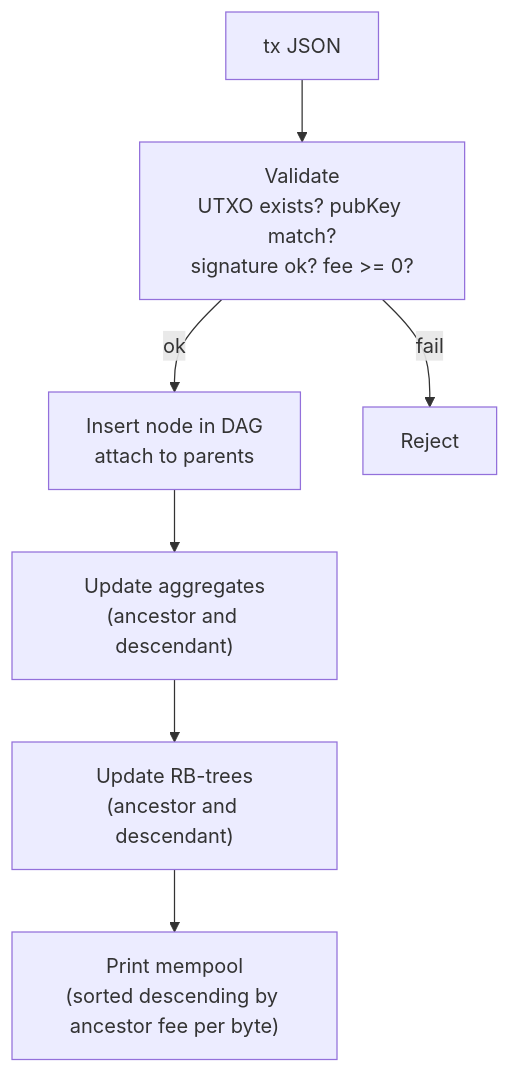
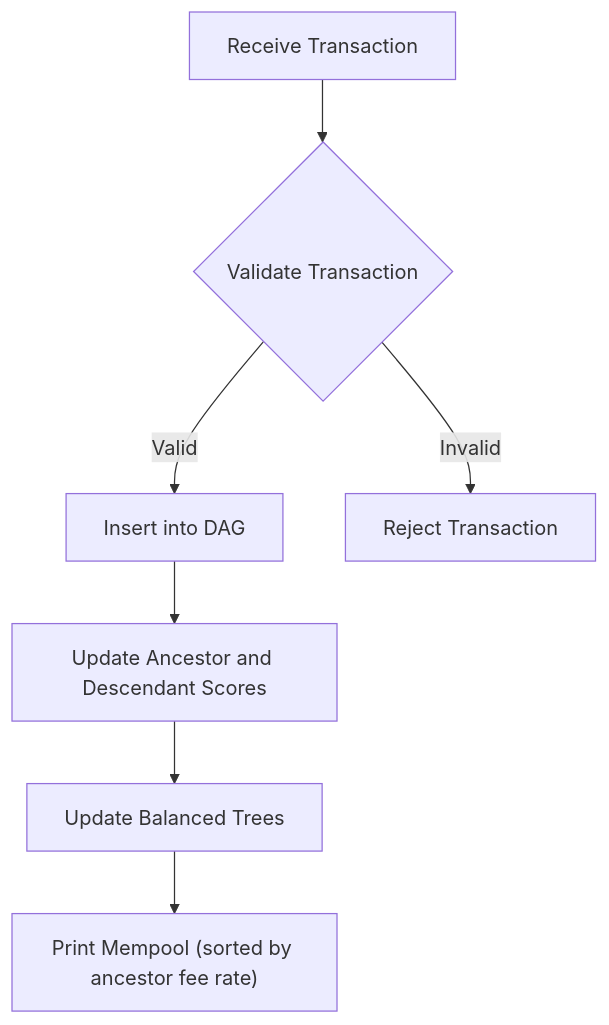
Before and after one commit to SwimmingRieux/DS-Blockchain: the first of 3 diagrams in docs/concepts/mempool.md, drawn with Mermaid. The commit also changed other lines of this file and 10 other files, not shown here.

````diff
--- a/docs/concepts/mempool.md
+++ b/docs/concepts/mempool.md
@@ -18,9 +29,9 @@
-<div class="mermaid">
+```mermaid
 flowchart TD
-  A["tx JSON"] --> V["Validate<br/>UTXO exists? pubKey match?<br/>signature ok? fee >= 0?"]
-  V -- ok --> G["Insert node in DAG<br/>attach to parents"]
-  G --> U["Update aggregates<br/>(ancestor and descendant)"]
-  U --> T["Update RB-trees<br/>(ancestor and descendant)"]
-  T --> O["Print mempool<br/>(sorted descending by ancestor fee per byte)"]
-  V -- fail --> R["Reject"]
-</div>
+  A["Receive Transaction"] --> B{Validate Transaction}
+  B -- Valid --> C[Insert into DAG]
+  C --> D[Update Ancestor and Descendant Scores]
+  D --> E[Update Balanced Trees]
+  E --> F["Print Mempool (sorted by ancestor fee rate)"]
+  B -- Invalid --> G[Reject Transaction]
+```
````
